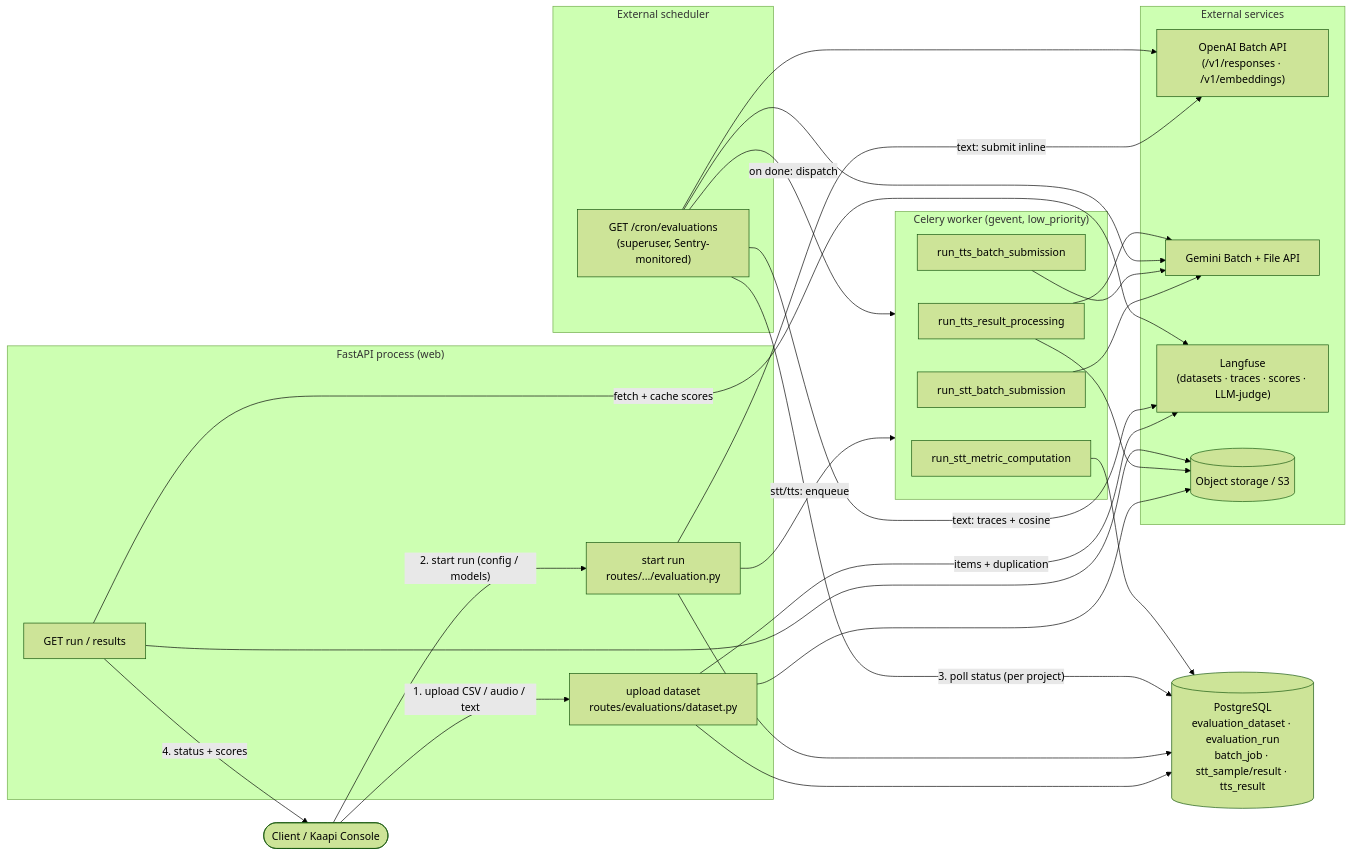
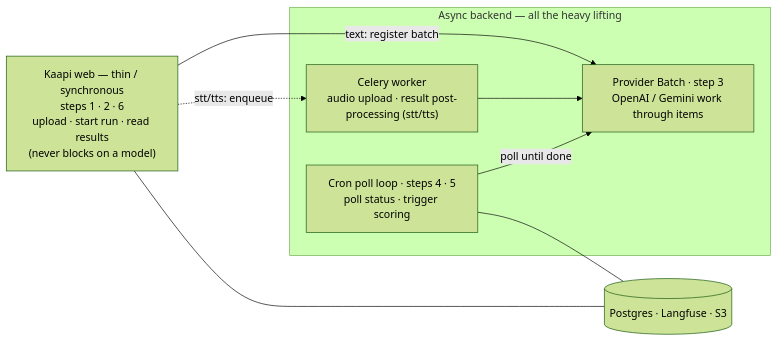
Before and after one commit to ProjectTech4DevAI/kaapi-backend: the second of 10 diagrams in docs/architecture/kaapi-evaluations-ARCHITECTURE.md, drawn with Mermaid (forest theme). The commit also changed other lines of this file, not shown here.

Commit message:
fix: simplify 10,000 feet view of evaluations

````diff
--- a/docs/architecture/kaapi-evaluations-ARCHITECTURE.md
+++ b/docs/architecture/kaapi-evaluations-ARCHITECTURE.md
@@ -56,56 +79,19 @@
 ```mermaid
 flowchart LR
-    Caller([Client / Kaapi Console])
+    Web["Kaapi web — thin / synchronous\nsteps 1 · 2 · 6\nupload · start run · read results\n(never blocks on a model)"]
 
-    subgraph API["FastAPI process (web)"]
-        DS["upload dataset\nroutes/evaluations/dataset.py"]
-        Run["start run\nroutes/.../evaluation.py"]
-        Poll["GET run / results"]
+    subgraph Async["Async backend — all the heavy lifting"]
+        Prov["Provider Batch · step 3\nOpenAI / Gemini work through items"]
+        Cron["Cron poll loop · steps 4 · 5\npoll status · trigger scoring"]
+        Cel["Celery worker\naudio upload · result post-processing (stt/tts)"]
     end
 
-    subgraph Sched["External scheduler"]
-        Cron["GET /cron/evaluations\n(superuser, Sentry-monitored)"]
-    end
+    Store[("Postgres · Langfuse · S3")]
 
-    subgraph Worker["Celery worker (gevent, low_priority)"]
-        STTsub["run_stt_batch_submission"]
-        TTSsub["run_tts_batch_submission"]
-        TTSproc["run_tts_result_processing"]
-        Metric["run_stt_metric_computation"]
-    end
-
-    subgraph External["External services"]
-        OAI["OpenAI Batch API\n(/v1/responses · /v1/embeddings)"]
-        GEM["Gemini Batch + File API"]
-        LF["Langfuse\n(datasets · traces · scores · LLM-judge)"]
-        S3[("Object storage / S3")]
-    end
-
-    DB[("PostgreSQL\nevaluation_dataset · evaluation_run\nbatch_job · stt_sample/result · tts_result")]
-
-    Caller -- "1. upload CSV / audio / text" --> DS
-    DS -- "items + duplication" --> LF
-    DS --> DB
-    DS --> S3
-
-    Caller -- "2. start run (config / models)" --> Run
-    Run -- "text: submit inline" --> OAI
-    Run -- "stt/tts: enqueue" --> Worker
-    Run --> DB
-
-    STTsub --> GEM
-    TTSsub --> GEM
-
-    Cron -- "3. poll status (per project)" --> DB
-    Cron --> OAI
-    Cron --> GEM
-    Cron -- "on done: dispatch" --> Worker
-    TTSproc --> GEM
-    TTSproc --> S3
-    Metric --> DB
-
-    Cron -- "text: traces + cosine" --> LF
-    Poll -- "4. status + scores" --> Caller
-    Poll -- "fetch + cache scores" --> LF
-    Poll --> S3
+    Web -- "text: register batch" --> Prov
+    Web -. "stt/tts: enqueue" .-> Cel
+    Cel --> Prov
+    Cron -- "poll until done" --> Prov
+    Web --- Store
+    Cron --- Store
 ```
````
